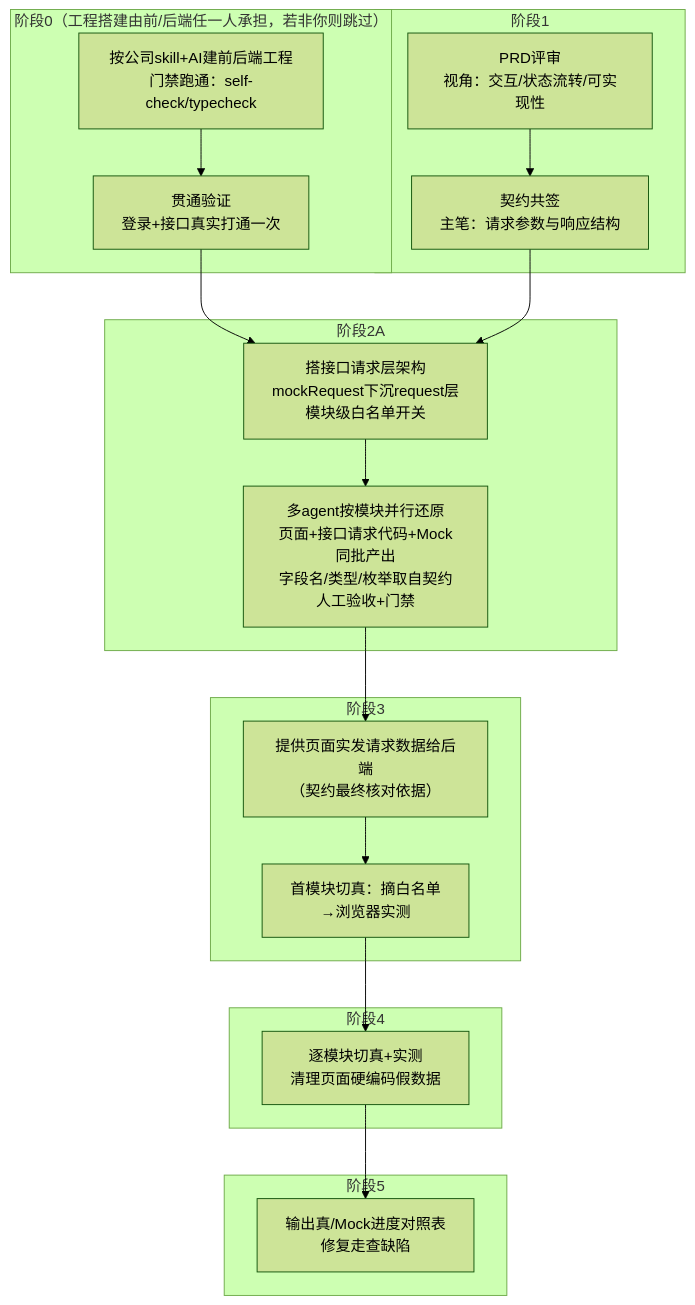
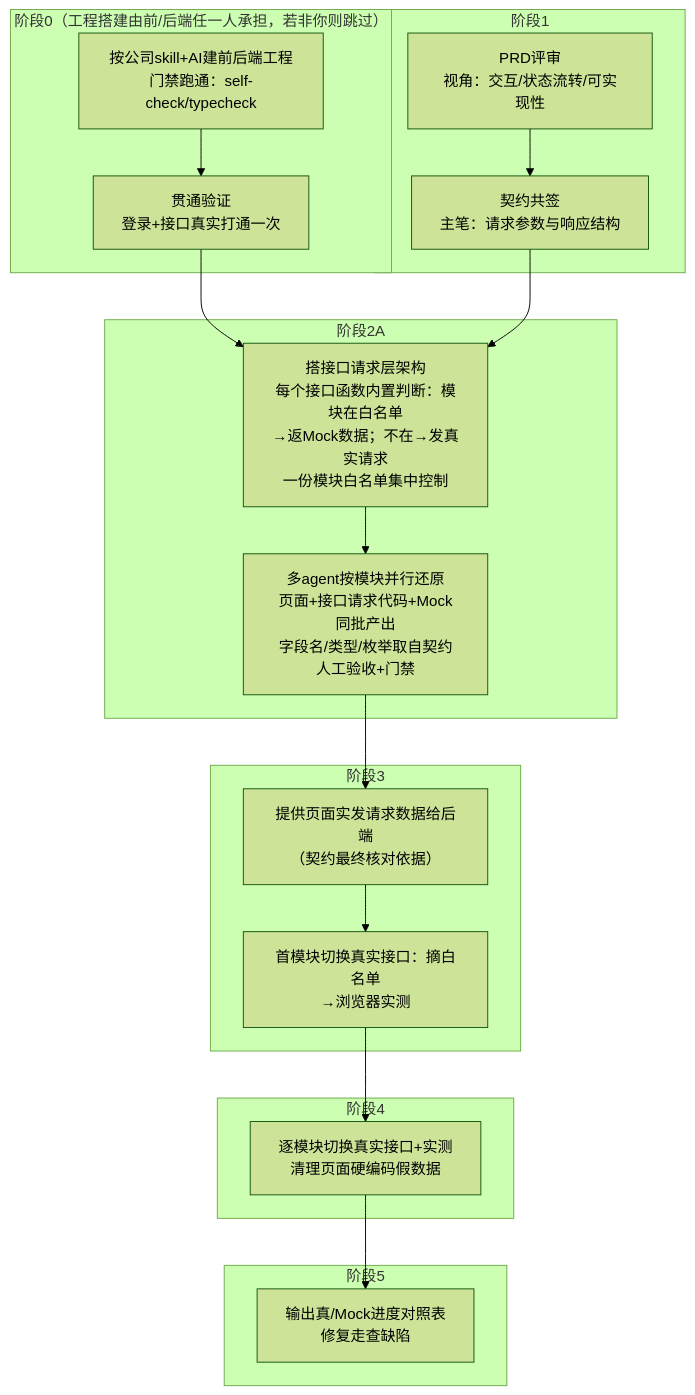
One commit to Woaini654321/efficiency-improvement changed the fourth of 6 diagrams in 3.AI提效协同开发新模式：前后端分离项目全流程（流程图与说明）.md. Above: the diagram before and after it, drawn with Mermaid (forest theme). The commit also changed other lines of this file, not shown here.

````diff
--- a/3.AI提效协同开发新模式：前后端分离项目全流程（流程图与说明）.md
+++ b/3.AI提效协同开发新模式：前后端分离项目全流程（流程图与说明）.md
@@ -164,25 +165,25 @@
 ```mermaid
 flowchart TD
     subgraph F0["阶段0（工程搭建由前/后端任一人承担，若非你则跳过）"]
         F1["按公司skill+AI建前后端工程<br/>门禁跑通：self-check/typecheck"] --> F2["贯通验证<br/>登录+接口真实打通一次"]
     end
     subgraph FA["阶段1"]
         F3["PRD评审<br/>视角：交互/状态流转/可实现性"] --> F4["契约共签<br/>主笔：请求参数与响应结构"]
     end
     subgraph FB["阶段2A"]
-        F5["搭接口请求层架构<br/>mockRequest下沉request层<br/>模块级白名单开关"] --> F7["多agent按模块并行还原<br/>页面+接口请求代码+Mock同批产出<br/>字段名/类型/枚举取自契约<br/>人工验收+门禁"]
+        F5["搭接口请求层架构<br/>每个接口函数内置判断：模块在白名单<br/>→返Mock数据；不在→发真实请求<br/>一份模块白名单集中控制"] --> F7["多agent按模块并行还原<br/>页面+接口请求代码+Mock同批产出<br/>字段名/类型/枚举取自契约<br/>人工验收+门禁"]
     end
     subgraph FC["阶段3"]
-        F8["提供页面实发请求数据给后端<br/>（契约最终核对依据）"] --> F9["首模块切真：摘白名单<br/>→浏览器实测"]
+        F8["提供页面实发请求数据给后端<br/>（契约最终核对依据）"] --> F9["首模块切换真实接口：摘白名单<br/>→浏览器实测"]
     end
     subgraph FD["阶段4"]
-        F10["逐模块切真+实测<br/>清理页面硬编码假数据"]
+        F10["逐模块切换真实接口+实测<br/>清理页面硬编码假数据"]
     end
     subgraph FE["阶段5"]
         F11["输出真/Mock进度对照表<br/>修复走查缺陷"]
     end
     F2 --> F5
     F4 --> F5
     F7 --> F8
     F9 --> F10 --> F11
 ```
````
